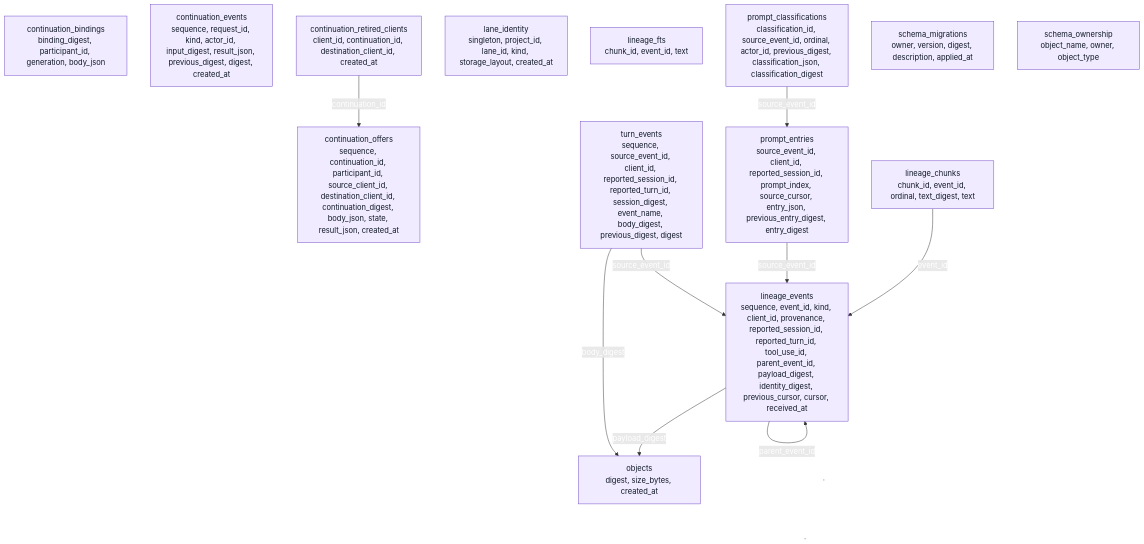
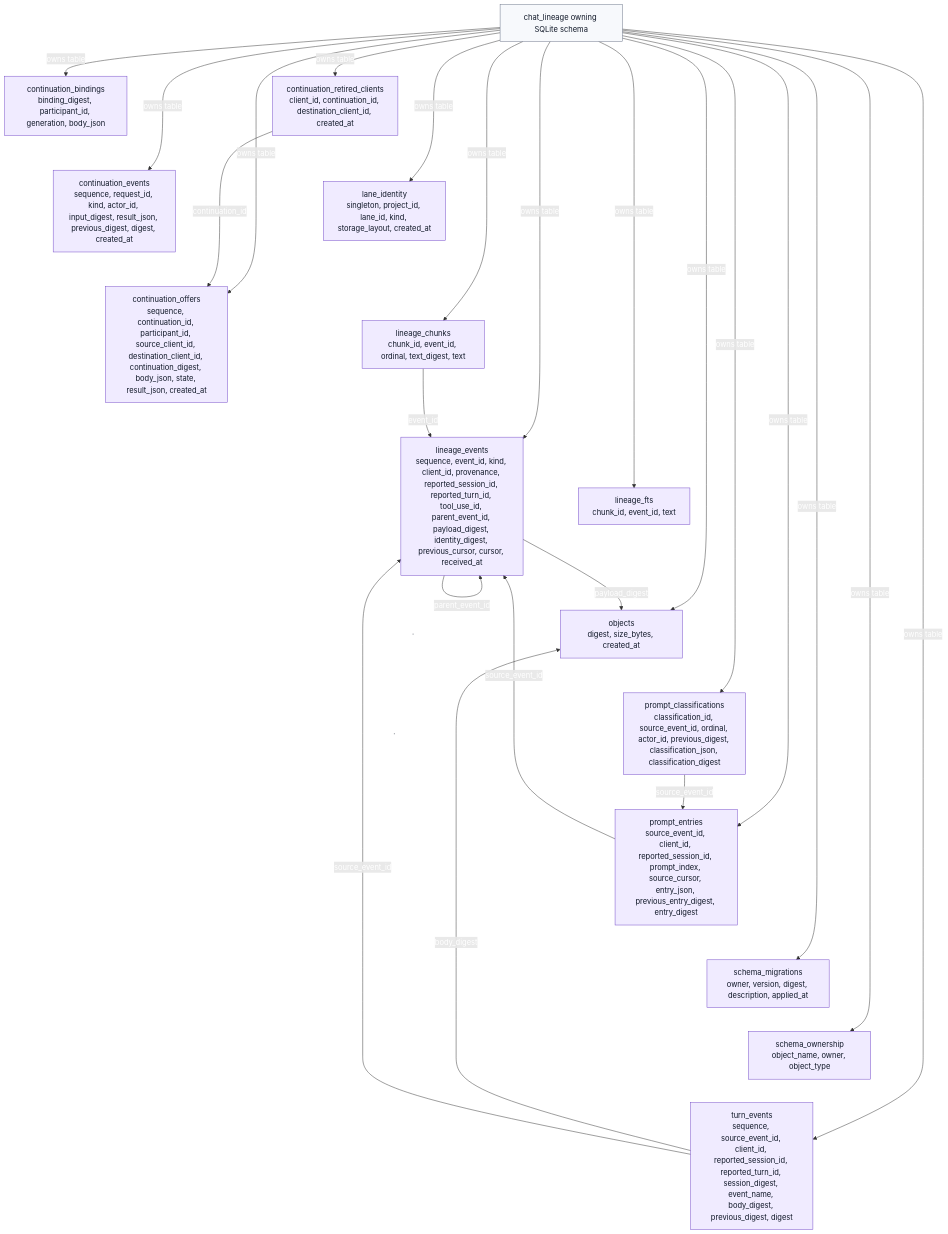
One commit to rathee000001/evidence_lane_plugin changed the diagram in plugins/evidence-lane-plugin/authorities/chat_lineage/chat_lineage.mmd. Above: the diagram before and after it, drawn with Mermaid. The commit also changed 597 other files, not shown here.

First line of the commit message:
feat: complete Evidence Lane v4.0.7 candidate

```diff
--- a/plugins/evidence-lane-plugin/authorities/chat_lineage/chat_lineage.mmd
+++ b/plugins/evidence-lane-plugin/authorities/chat_lineage/chat_lineage.mmd
@@ -1,39 +1,65 @@
 flowchart TB
 %% EVIDENCE_LANE_GRAPH_ENGINE=LANGGRAPH_GRAPH_EXPORTER
 %% LANGGRAPH_VERSION=1.2.11
-%% LANGGRAPH_EXPORT_SHA256=13AA790E4DFF54CAA480BAAF1F7271E017F2689A17C0F8474C7706C71977BA81
+%% LANGGRAPH_EXPORT_SHA256=C06C55C04476E9C8F6175FE048BC00F12514C45E411AF7FE5EAE678FFAA1DD26
 %% EVIDENCE_LANE_LAYOUT=BALANCED_TWO_DIMENSIONAL_FANOUT_V1
-%% EVIDENCE_LANE_LAYOUT_CONSTRAINT_COUNT=0
+%% EVIDENCE_LANE_LAYOUT_CONSTRAINT_COUNT=9
   classDef root fill:#101828,stroke:#101828,color:#fff,stroke-width:2px;
   classDef source fill:#edf5ff,stroke:#125cdd,color:#101828;
   classDef semantic fill:#f0ebff,stroke:#7147c7,color:#101828;
   classDef retrieval fill:#eaf8f1,stroke:#24805c,color:#101828;
   classDef git fill:#fff7e7,stroke:#c88722,color:#101828;
   classDef lifecycle fill:#fff1f0,stroke:#ba4236,color:#101828;
   classDef output fill:#f7f9fc,stroke:#667085,color:#101828;
   classDef warn fill:#fff7e7,stroke:#c88722,color:#101828;
   classDef table fill:#f0ebff,stroke:#7147c7,color:#101828;
   classDef column fill:#f7f9fc,stroke:#667085,color:#101828;
   classDef default fill:#f7f9fc,stroke:#667085,color:#101828;
+  SCHEMA_ROOT["chat_lineage owning SQLite schema"]:::default
   t_continuation_bindings["continuation_bindings<br/>binding_digest, participant_id, generation, body_json"]:::table
   t_continuation_events["continuation_events<br/>sequence, request_id, kind, actor_id, input_digest, result_json, previous_digest, digest, created_at"]:::table
   t_continuation_offers["continuation_offers<br/>sequence, continuation_id, participant_id, source_client_id, destination_client_id, continuation_digest, body_json, state, result_json, created_at"]:::table
   t_continuation_retired_clients["continuation_retired_clients<br/>client_id, continuation_id, destination_client_id, created_at"]:::table
   t_lane_identity["lane_identity<br/>singleton, project_id, lane_id, kind, storage_layout, created_at"]:::table
   t_lineage_chunks["lineage_chunks<br/>chunk_id, event_id, ordinal, text_digest, text"]:::table
   t_lineage_events["lineage_events<br/>sequence, event_id, kind, client_id, provenance, reported_session_id, reported_turn_id, tool_use_id, parent_event_id, payload_digest, identity_digest, previous_cursor, cursor, received_at"]:::table
   t_lineage_fts["lineage_fts<br/>chunk_id, event_id, text"]:::table
   t_objects["objects<br/>digest, size_bytes, created_at"]:::table
   t_prompt_classifications["prompt_classifications<br/>classification_id, source_event_id, ordinal, actor_id, previous_digest, classification_json, classification_digest"]:::table
   t_prompt_entries["prompt_entries<br/>source_event_id, client_id, reported_session_id, prompt_index, source_cursor, entry_json, previous_entry_digest, entry_digest"]:::table
   t_schema_migrations["schema_migrations<br/>owner, version, digest, description, applied_at"]:::table
   t_schema_ownership["schema_ownership<br/>object_name, owner, object_type"]:::table
   t_turn_events["turn_events<br/>sequence, source_event_id, client_id, reported_session_id, reported_turn_id, session_digest, event_name, body_digest, previous_digest, digest"]:::table
+  SCHEMA_ROOT -->|"owns table"| t_continuation_bindings
+  SCHEMA_ROOT -->|"owns table"| t_continuation_events
+  SCHEMA_ROOT -->|"owns table"| t_continuation_offers
+  SCHEMA_ROOT -->|"owns table"| t_continuation_retired_clients
+  SCHEMA_ROOT -->|"owns table"| t_lane_identity
+  SCHEMA_ROOT -->|"owns table"| t_lineage_chunks
+  SCHEMA_ROOT -->|"owns table"| t_lineage_events
+  SCHEMA_ROOT -->|"owns table"| t_lineage_fts
+  SCHEMA_ROOT -->|"owns table"| t_objects
+  SCHEMA_ROOT -->|"owns table"| t_prompt_classifications
+  SCHEMA_ROOT -->|"owns table"| t_prompt_entries
+  SCHEMA_ROOT -->|"owns table"| t_schema_migrations
+  SCHEMA_ROOT -->|"owns table"| t_schema_ownership
+  SCHEMA_ROOT -->|"owns table"| t_turn_events
   t_continuation_retired_clients -->|"continuation_id"| t_continuation_offers
   t_lineage_chunks -->|"event_id"| t_lineage_events
   t_lineage_events -->|"payload_digest"| t_objects
   t_lineage_events -->|"parent_event_id"| t_lineage_events
   t_prompt_classifications -->|"source_event_id"| t_prompt_entries
   t_prompt_entries -->|"source_event_id"| t_lineage_events
   t_turn_events -->|"body_digest"| t_objects
   t_turn_events -->|"source_event_id"| t_lineage_events
+%% EVIDENCE_LANE_LAYOUT_CONSTRAINTS_BEGIN
+  t_continuation_bindings ~~~ t_continuation_events
+  t_continuation_events ~~~ t_continuation_offers
+  t_continuation_retired_clients ~~~ t_lane_identity
+  t_lane_identity ~~~ t_lineage_chunks
+  t_lineage_fts ~~~ t_objects
+  t_objects ~~~ t_prompt_classifications
+  t_prompt_entries ~~~ t_schema_migrations
+  t_schema_migrations ~~~ t_schema_ownership
+  t_schema_ownership ~~~ t_turn_events
+%% EVIDENCE_LANE_LAYOUT_CONSTRAINTS_END
```
